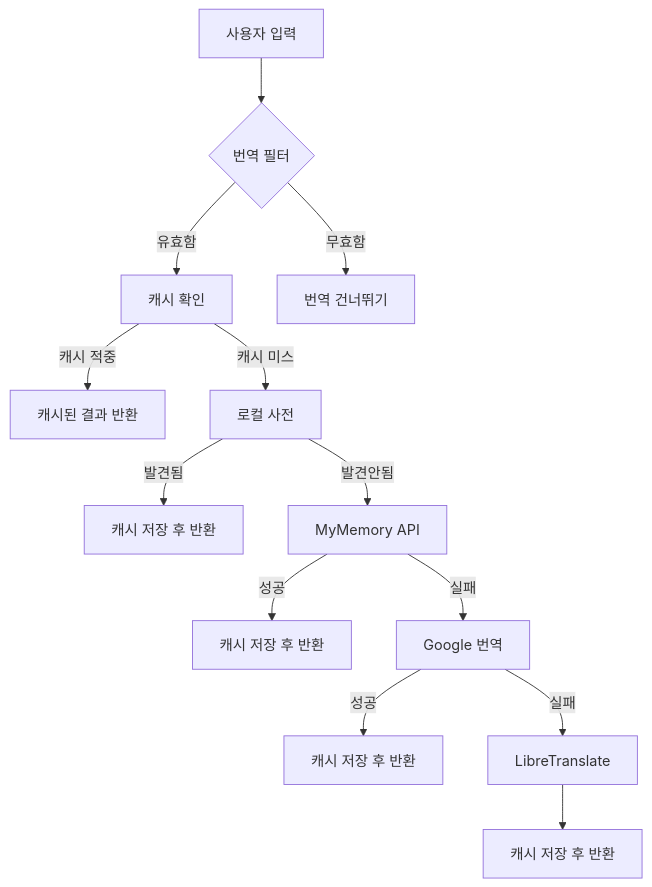
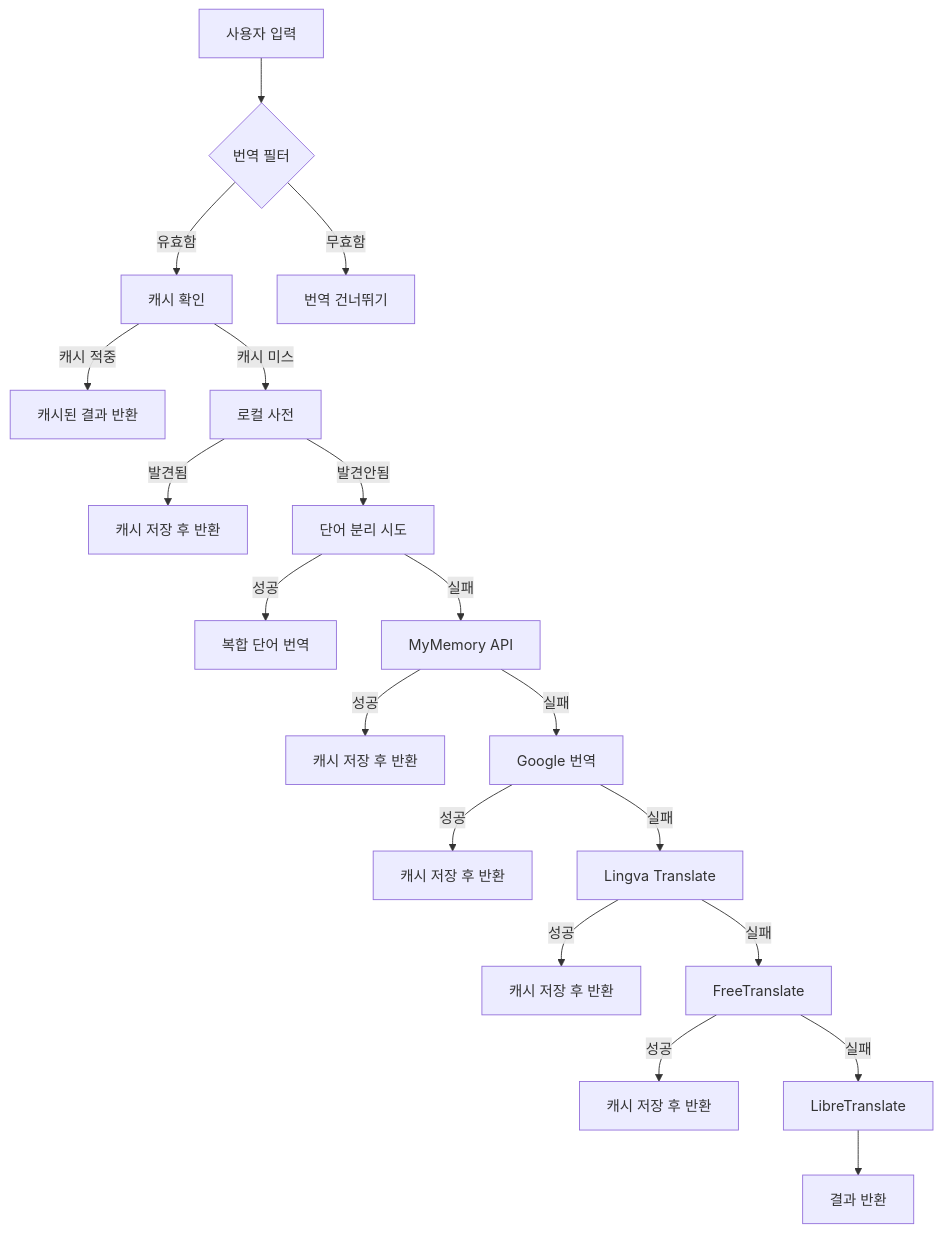
The diagram in README.md (Higangssh/korean-translator), drawn with Mermaid before and after one commit. The commit also changed 3 other files, not shown here.

````diff
--- a/README.md
+++ b/README.md
@@ -26,15 +26,21 @@
 ```mermaid
 graph TD
     A[사용자 입력] --> B{번역 필터}
     B -->|유효함| C[캐시 확인]
     B -->|무효함| D[번역 건너뛰기]
     C -->|캐시 적중| E[캐시된 결과 반환]
     C -->|캐시 미스| F[로컬 사전]
     F -->|발견됨| G[캐시 저장 후 반환]
-    F -->|발견안됨| H[MyMemory API]
-    H -->|성공| I[캐시 저장 후 반환]
-    H -->|실패| J[Google 번역]
+    F -->|발견안됨| H[단어 분리 시도]
+    H -->|성공| I[복합 단어 번역]
+    H -->|실패| J[MyMemory API]
     J -->|성공| K[캐시 저장 후 반환]
-    J -->|실패| L[LibreTranslate]
-    L --> M[캐시 저장 후 반환]
+    J -->|실패| L[Google 번역]
+    L -->|성공| M[캐시 저장 후 반환]
+    L -->|실패| N[Lingva Translate]
+    N -->|성공| O[캐시 저장 후 반환]
+    N -->|실패| P[FreeTranslate]
+    P -->|성공| Q[캐시 저장 후 반환]
+    P -->|실패| R[LibreTranslate]
+    R --> S[결과 반환]
 ```
````
